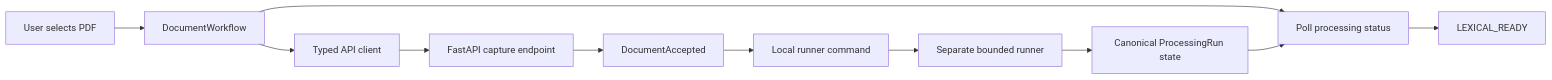
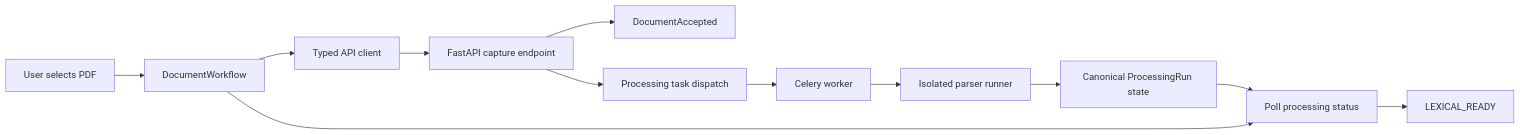
The first of 3 diagrams in frontend/src/features/archive/README.md (rnkraus/investment-research), drawn with Mermaid before and after one commit. The commit also changed other lines of this file and 6 other files, not shown here.

````diff
--- a/frontend/src/features/archive/README.md
+++ b/frontend/src/features/archive/README.md
@@ -18,13 +18,14 @@
 ```mermaid
 flowchart LR
     USER[User selects PDF] --> FORM[DocumentWorkflow]
     FORM --> CLIENT[Typed API client]
     CLIENT --> CAPTURE[FastAPI capture endpoint]
     CAPTURE --> ACCEPTED[DocumentAccepted]
-    ACCEPTED --> COMMAND[Local runner command]
-    COMMAND --> RUNNER[Separate bounded runner]
+    CAPTURE --> QUEUE[Processing task dispatch]
+    QUEUE --> WORKER[Celery worker]
+    WORKER --> RUNNER[Isolated parser runner]
     FORM --> POLL[Poll processing status]
     RUNNER --> STATUS[Canonical ProcessingRun state]
     STATUS --> POLL
     POLL --> READY[LEXICAL_READY]
 ```
````
